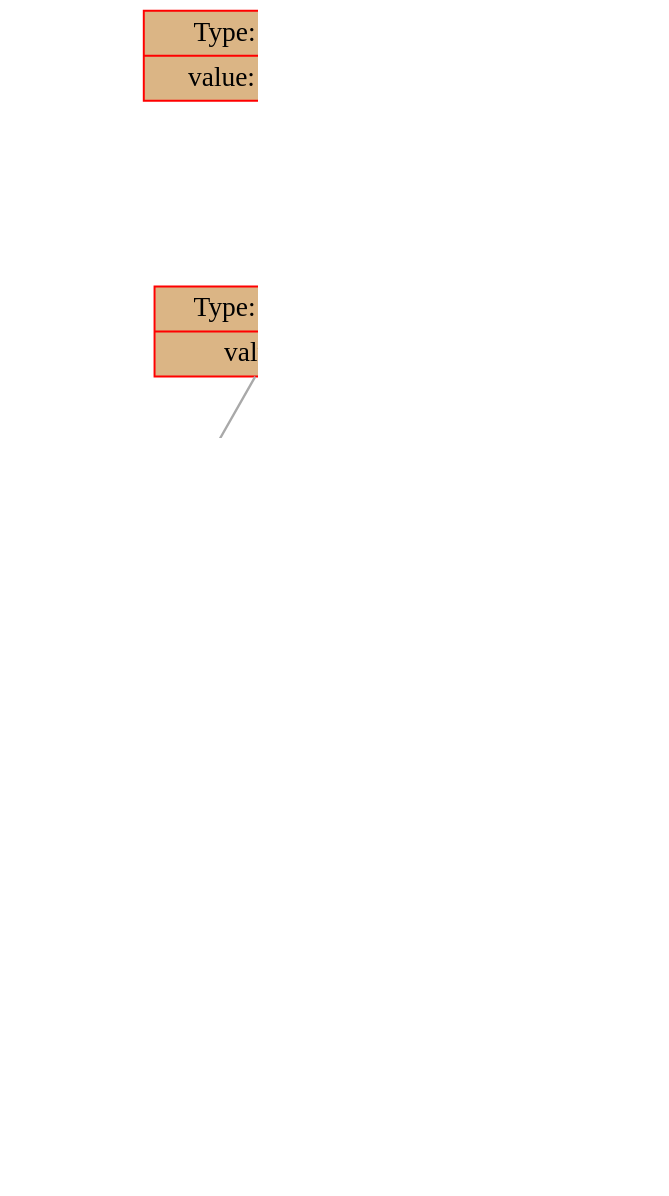
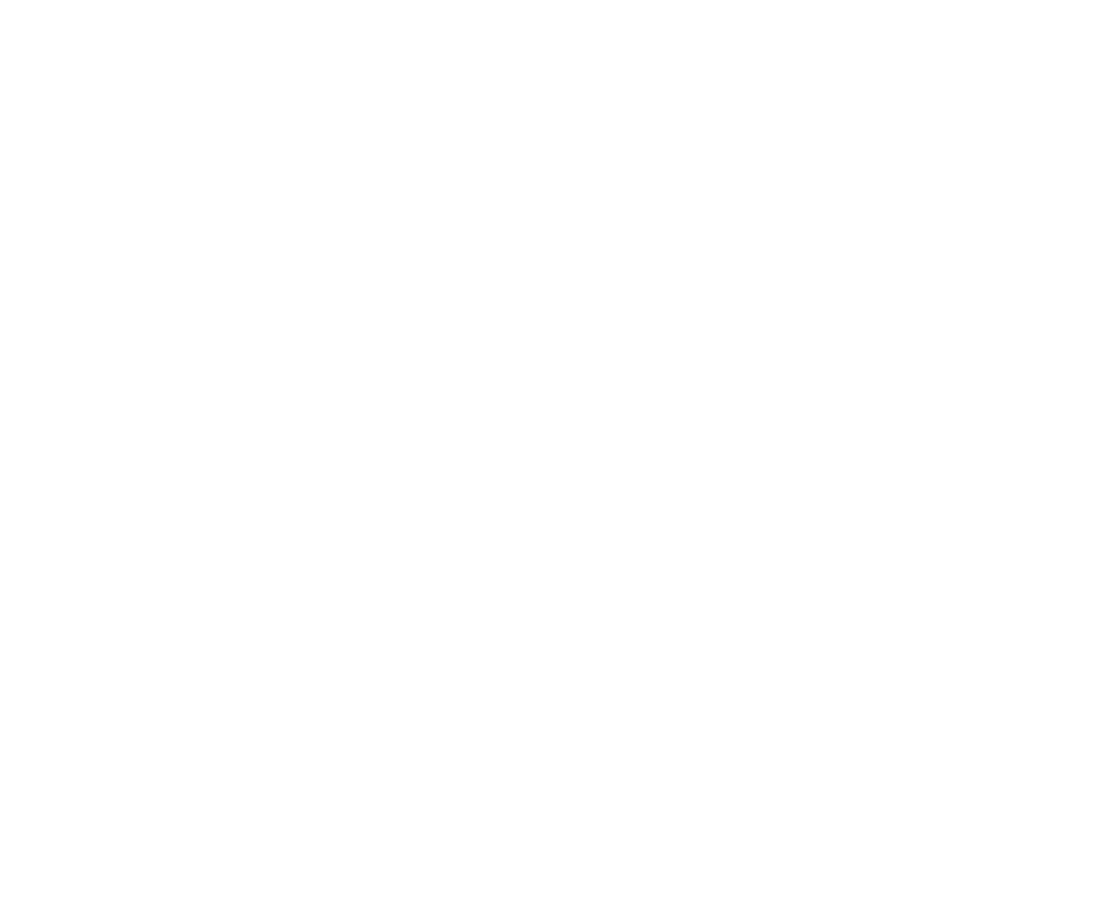
One commit to dodokek/ProgrammingLanguage changed the diagram in data/graph.dot. Above: the diagram before and after it, drawn with Graphviz. The commit also changed 4 other files, not shown here.

```diff
--- a/data/graph.dot
+++ b/data/graph.dot
@@ -1,34 +1,34 @@
 
     digraph g {
         dpi      = 200;
         fontname = "Comic Sans MS";
         fontsize = 20;
         rankdir   =  TB;
         edge [color = darkgrey, arrowhead = onormal, arrowsize = 1, penwidth = 1.2]
         graph[fillcolor = lightgreen, ranksep = 1.3, nodesep = 0.5,
         style = "rounded, filled",color = green, penwidth = 2]
 
-    Node00000298322f1950[shape=record, width=0.2, style="filled", color="red", fillcolor="#DBB585",label=" {Type: operation | value: Statement}"] 
+    Node00000138c2391930[shape=record, width=0.2, style="filled", color="red", fillcolor="#DBB585",label=" {Type: operation | value: Statement}"] 
  
-Node00000298322f1920[shape=record, width=0.2, style="filled", color="red", fillcolor="#DBB585",label=" {Type: operation | value: Var}"] 
+Node00000138c2391900[shape=record, width=0.2, style="filled", color="red", fillcolor="#DBB585",label=" {Type: operation | value: if}"] 
  
-Node00000298322f1800[shape=record, width=0.2, style="filled", color="red", fillcolor="#19DB27",label=" {Type: variable | value: X}"] 
+Node00000138c2391840[shape=record, width=0.2, style="filled", color="red", fillcolor="#DBB585",label=" {Type: operation | value: ==}"] 
  
-Node00000298322f18f0[shape=record, width=0.2, style="filled", color="red", fillcolor="#DBB585",label=" {Type: operation | value: ==}"] 
+Node00000138c23917e0[shape=record, width=0.2, style="filled", color="red", fillcolor="#DB8E21",label=" {Type: number | value: 2}"] 
  
-Node00000298322f1890[shape=record, width=0.2, style="filled", color="red", fillcolor="#DBB585",label=" {Type: operation | value: +}"] 
+Node00000138c2391810[shape=record, width=0.2, style="filled", color="red", fillcolor="#19DB27",label=" {Type: variable | value: X}"] 
  
-Node00000298322f1830[shape=record, width=0.2, style="filled", color="red", fillcolor="#DB8E21",label=" {Type: number | value: 2}"] 
+Node00000138c23918d0[shape=record, width=0.2, style="filled", color="red", fillcolor="#DBB585",label=" {Type: operation | value: else}"] 
  
-Node00000298322f1860[shape=record, width=0.2, style="filled", color="red", fillcolor="#19DB27",label=" {Type: variable | value: X}"] 
+Node00000138c2391870[shape=record, width=0.2, style="filled", color="red", fillcolor="#DB8E21",label=" {Type: number | value: 1}"] 
  
-Node00000298322f18c0[shape=record, width=0.2, style="filled", color="red", fillcolor="#DB8E21",label=" {Type: number | value: 2}"] 
+Node00000138c23918a0[shape=record, width=0.2, style="filled", color="red", fillcolor="#DB8E21",label=" {Type: number | value: 2}"] 
  
-Node00000298322f1950->Node00000298322f1920
-Node00000298322f1920->Node00000298322f1800
-Node00000298322f1920->Node00000298322f18f0
-Node00000298322f18f0->Node00000298322f1890
-Node00000298322f1890->Node00000298322f1830
-Node00000298322f1890->Node00000298322f1860
-Node00000298322f18f0->Node00000298322f18c0
+Node00000138c2391930->Node00000138c2391900
+Node00000138c2391900->Node00000138c2391840
+Node00000138c2391840->Node00000138c23917e0
+Node00000138c2391840->Node00000138c2391810
+Node00000138c2391900->Node00000138c23918d0
+Node00000138c23918d0->Node00000138c2391870
+Node00000138c23918d0->Node00000138c23918a0
 }
```
